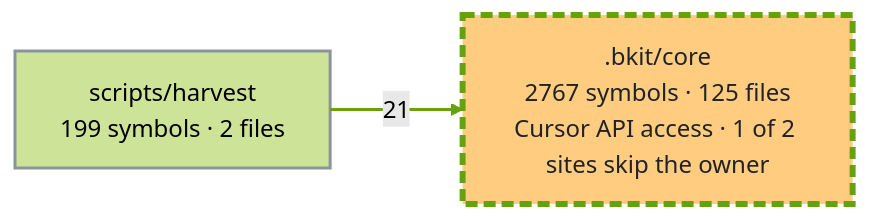
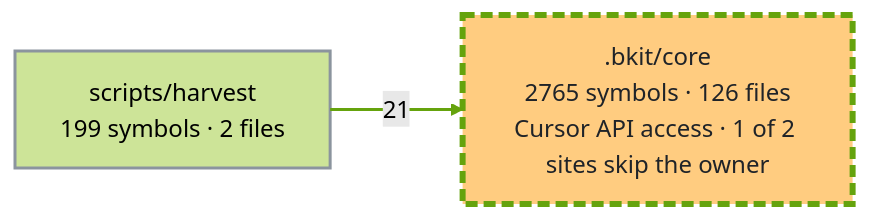
Before and after one commit to cbartens/bkit: the first of 2 diagrams in docs/capabilities.md, drawn with Mermaid (forest theme). The commit also changed other lines of this file, not shown here.

````diff
--- a/docs/capabilities.md
+++ b/docs/capabilities.md
@@ -150,16 +150,16 @@
 ```mermaid
 ---
 config:
   layout: elk
   flowchart:
     useMaxWidth: false
 ---
 flowchart LR
-  %% Generated by bkit-graphify-rollup.py from 02797164293ddc0113ce99fecba732bc2dd76280 — do not edit
-  n_bkit_core[".bkit/core<br/>2767 symbols · 125 files<br/>Cursor API access · 1 of 2 sites skip the owner"]
+  %% Generated by bkit-graphify-rollup.py from eb1835d85d5201778bc3998d74bfe810ba1ed57f — do not edit
+  n_bkit_core[".bkit/core<br/>2765 symbols · 126 files<br/>Cursor API access · 1 of 2 sites skip the owner"]
   nscripts_harvest["scripts/harvest<br/>199 symbols · 2 files"]
   nscripts_harvest -->|21| n_bkit_core
   style n_bkit_core stroke:#65a30d,stroke-width:4px,stroke-dasharray:8 4,fill:#ffcc80,color:#1f2328
   style nscripts_harvest stroke:#8b949e,stroke-width:2px
   linkStyle 0 stroke:#65a30d,stroke-width:2px
 ```
````
